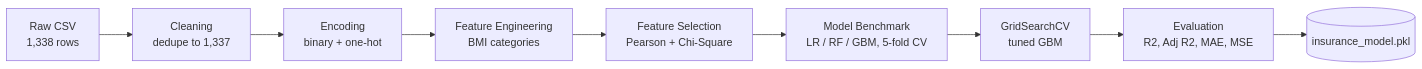
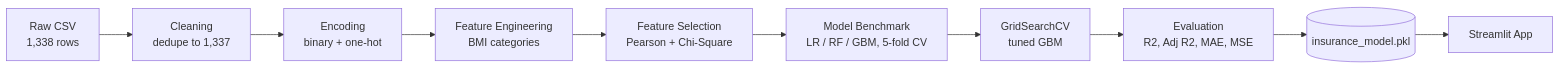
The diagram in README.md (surajrai1503/Medical-Insurance-Cost-Prediction-), drawn with Mermaid before and after one commit. The commit also changed other lines of this file, not shown here.

````diff
--- a/README.md
+++ b/README.md
@@ -103,11 +140,12 @@
 ```mermaid
 flowchart LR
     A[Raw CSV<br/>1,338 rows] --> B[Cleaning<br/>dedupe to 1,337]
     B --> C[Encoding<br/>binary + one-hot]
     C --> D[Feature Engineering<br/>BMI categories]
     D --> E[Feature Selection<br/>Pearson + Chi-Square]
     E --> F[Model Benchmark<br/>LR / RF / GBM, 5-fold CV]
     F --> G[GridSearchCV<br/>tuned GBM]
     G --> H[Evaluation<br/>R2, Adj R2, MAE, MSE]
     H --> I[(insurance_model.pkl)]
+    I --> J[Streamlit App]
 ```
````
